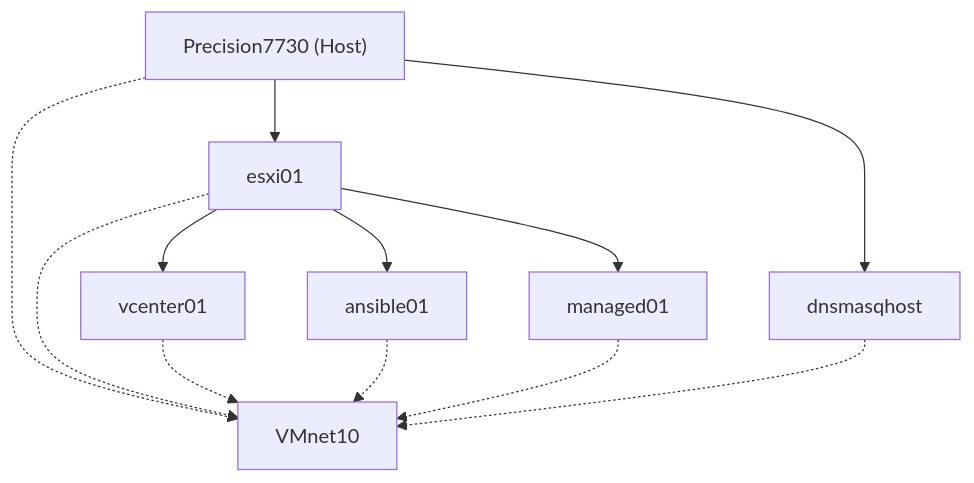
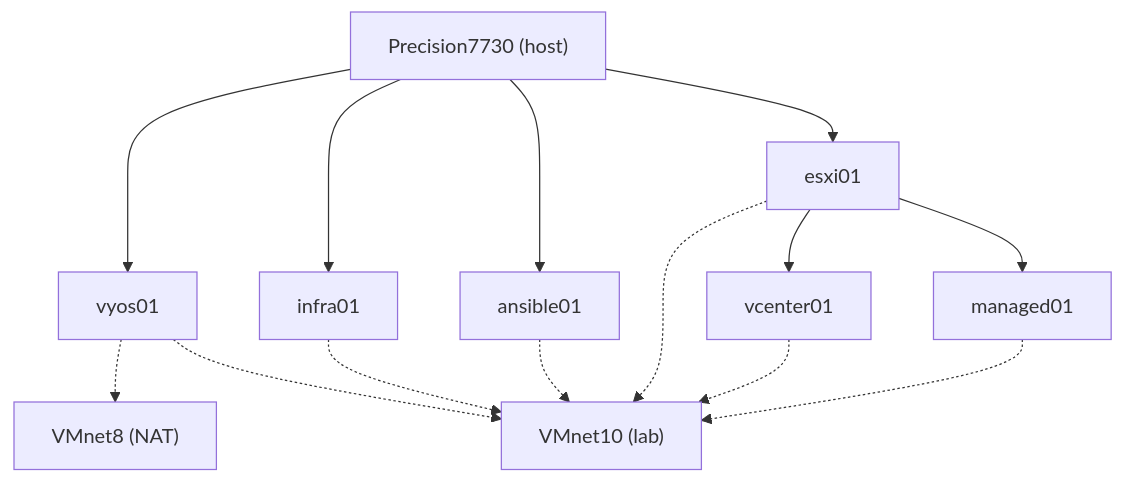
Before and after one commit to isaacsgober/RangeLab: the diagram in vault/Architecture/VM Layout.md, drawn with Mermaid. The commit also changed other lines of this file and 6 other files, not shown here.

````diff
--- a/vault/Architecture/VM Layout.md
+++ b/vault/Architecture/VM Layout.md
@@ -6,19 +6,21 @@
 ```mermaid
 graph TD
-    Host["Precision7730 (Host)"]
+    Host["Precision7730 (host)"]
+    VMnet8["VMnet8 (NAT)"]
+    VMnet10["VMnet10 (lab)"]
 
-    Host -.-> VMNet["VMnet10"]
-    Host --> ESXi["esxi01"]
-    Host --> DNS["dnsmasqhost"]
+    Host --> VYOS["vyos01"]
+    Host --> INFRA["infra01"]
+    Host --> ANS["ansible01"]
+    Host --> ESXI["esxi01"]
+    ESXI --> VC["vcenter01"]
+    ESXI --> MAN["managed01"]
 
-    ESXi -.-> VMNet
-    DNS -.-> VMNet
-
-    ESXi --> VC["vcenter01"]
-    ESXi --> ANS["ansible01"]
-    ESXi --> MAN["managed01"]
-    VC -.-> VMNet
-    ANS -.-> VMNet
-    MAN -.-> VMNet
-
+    VYOS -.-> VMnet8
+    VYOS -.-> VMnet10
+    INFRA -.-> VMnet10
+    ANS -.-> VMnet10
+    ESXI -.-> VMnet10
+    VC -.-> VMnet10
+    MAN -.-> VMnet10
 ```
````
